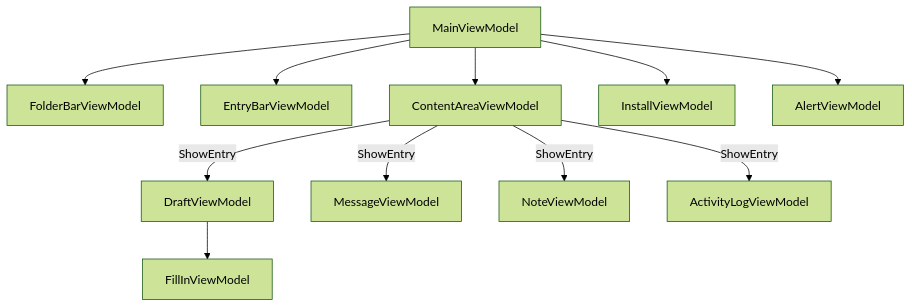
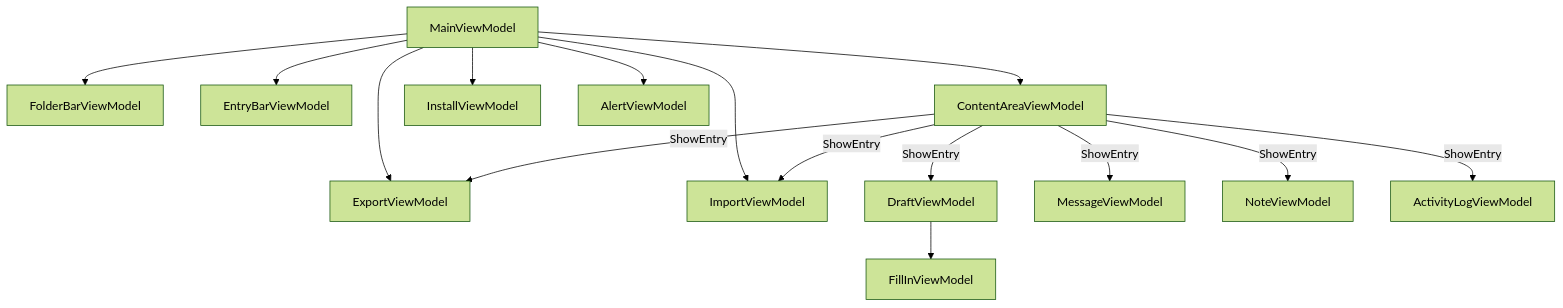
The diagram in Docs/ViewModels.md (Blue-Heighliner/Comlink), drawn with Mermaid (forest theme) before and after one commit. The commit also changed other lines of this file and 40 other files, not shown here.

Commit message:
Add export and import

````diff
--- a/Docs/ViewModels.md
+++ b/Docs/ViewModels.md
@@ -9,24 +9,30 @@
 ```mermaid
 graph TD
     MVM[MainViewModel]
     FBV[FolderBarViewModel]
     EBV[EntryBarViewModel]
     CAV[ContentAreaViewModel]
     IV[InstallViewModel]
     AV[AlertViewModel]
+    EXV[ExportViewModel]
+    IMV[ImportViewModel]
     DVM[DraftViewModel]
     MVMe[MessageViewModel]
     NVM[NoteViewModel]
     ALV[ActivityLogViewModel]
     FIV[FillInViewModel]
     MVM --> FBV
     MVM --> EBV
     MVM --> CAV
     MVM --> IV
     MVM --> AV
+    MVM --> EXV
+    MVM --> IMV
     CAV -->|ShowEntry| DVM
     CAV -->|ShowEntry| MVMe
     CAV -->|ShowEntry| NVM
     CAV -->|ShowEntry| ALV
+    CAV -->|ShowEntry| EXV
+    CAV -->|ShowEntry| IMV
     DVM --> FIV
 ```
````
